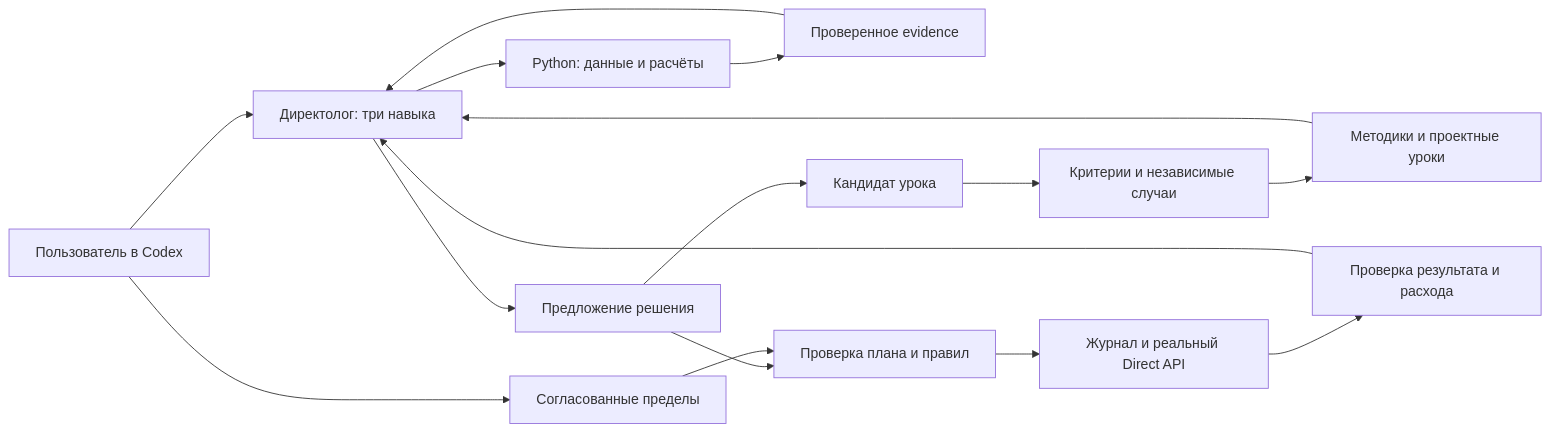
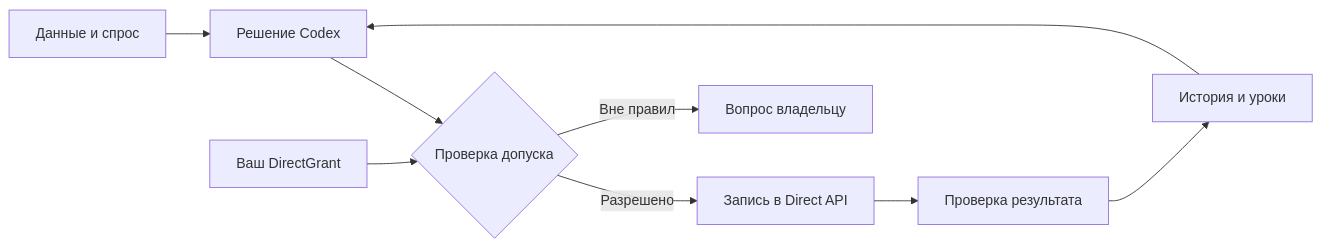
Before and after one commit to Sovetov-AS/directologist-v2: the diagram in README.md, drawn with Mermaid. The commit also changed other lines of this file and 1 other file, not shown here.

````diff
--- a/README.md
+++ b/README.md
@@ -110,18 +148,11 @@
 ```mermaid
 flowchart LR
-    U[Пользователь в Codex] --> S[Директолог: три навыка]
-    K[Методики и проектные уроки] --> S
-    S --> T[Python: данные и расчёты]
-    T --> E[Проверенное evidence]
-    E --> S
-    S --> D[Предложение решения]
-    D --> P[Проверка плана и правил]
-    P --> X[Журнал и реальный Direct API]
-    U --> G[Согласованные пределы]
-    G --> P
-    X --> O[Проверка результата и расхода]
-    O --> S
-    D --> L[Кандидат урока]
-    L --> V[Критерии и независимые случаи]
-    V --> K
+    A[Данные и спрос] --> B[Решение Codex]
+    B --> C{Проверка допуска}
+    G[Ваш DirectGrant] --> C
+    C -->|Разрешено| D[Запись в Direct API]
+    C -->|Вне правил| U[Вопрос владельцу]
+    D --> E[Проверка результата]
+    E --> F[История и уроки]
+    F --> B
 ```
````
